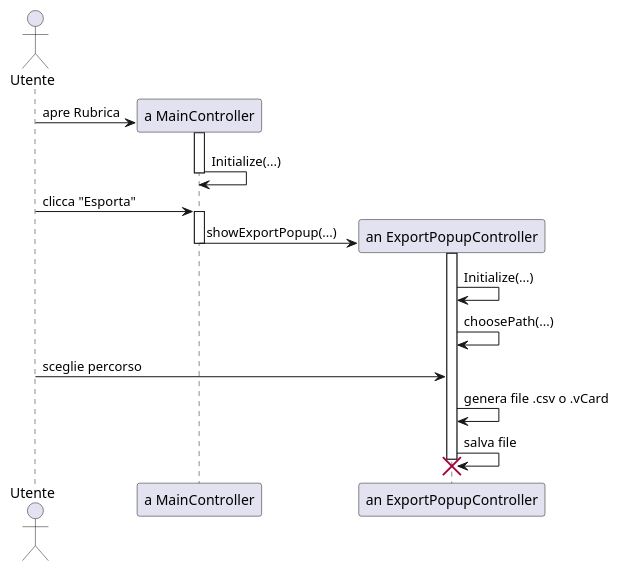
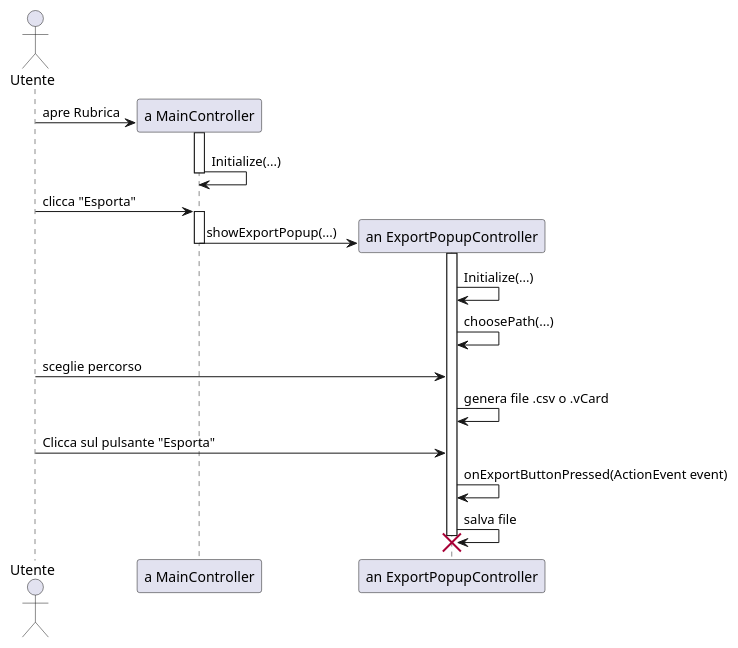
Before and after one commit to savaava/ProgettoRubrica: the diagram in documenti/diagrammaSequenzaC6EsportareRubrica.puml, drawn with PlantUML.

Commit message:
Modifica C6

```diff
--- a/documenti/diagrammaSequenzaC6EsportareRubrica.puml
+++ b/documenti/diagrammaSequenzaC6EsportareRubrica.puml
@@ -1,21 +1,23 @@
 @startuml EsportareRubrica
 actor Utente
 participant "a MainController" as MC
 participant "an ExportPopupController" as EPC
 
 Utente -> MC ** : apre Rubrica
 activate MC
 MC -> MC : Initialize(...)
 deactivate MC
 Utente -> MC : clicca "Esporta"
 activate MC
 MC -> EPC ** : showExportPopup(...)
 deactivate MC
 activate EPC
 EPC -> EPC : Initialize(...)
 EPC -> EPC : choosePath(...)
 Utente -> EPC : sceglie percorso
 EPC -> EPC : genera file .csv o .vCard
+Utente -> EPC : Clicca sul pulsante "Esporta"
+EPC -> EPC : onExportButtonPressed(ActionEvent event)
 EPC -> EPC : salva file
 destroy EPC
 @enduml
```
